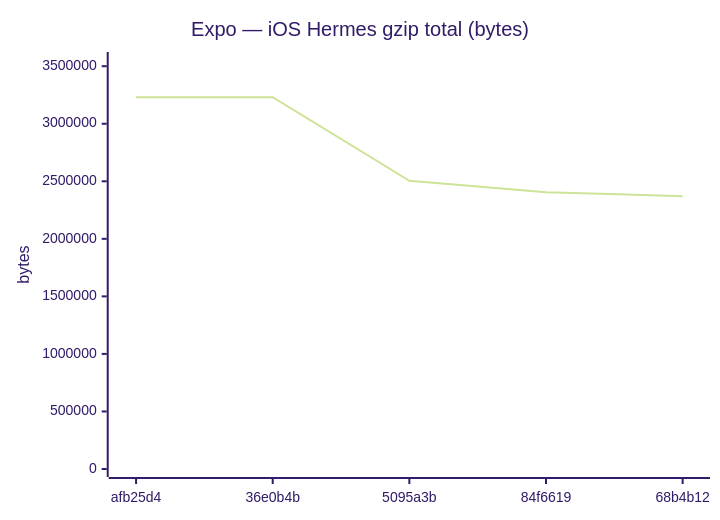
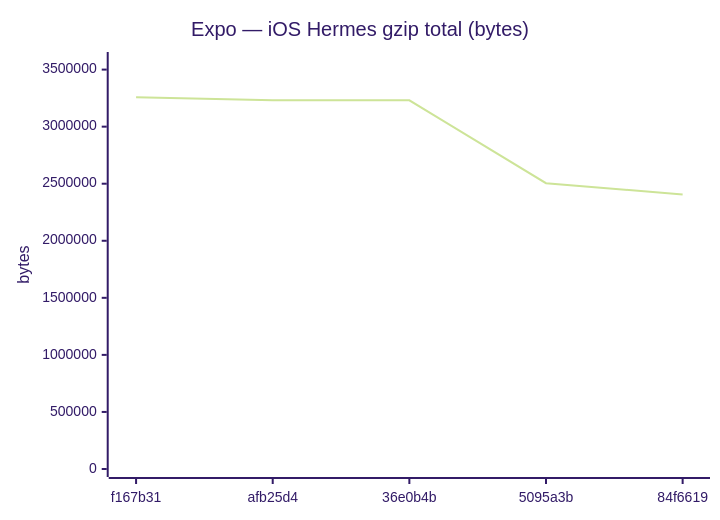
One commit to Metaheurist/Rianell changed diagram 12 of 18 in benchmarks/compare.md. Above: the diagram before and after it, drawn with Mermaid (forest theme). The commit also changed other lines of this file and 11 other files, not shown here.

````diff
--- a/benchmarks/compare.md
+++ b/benchmarks/compare.md
@@ -179,7 +179,7 @@
 ```mermaid
 xychart-beta
     title "Expo — iOS Hermes gzip total (bytes)"
-    x-axis ["afb25d4", "36e0b4b", "5095a3b", "84f6619", "68b4b12"]
-    y-axis "bytes" 0 --> 3553954
-    line [3230867, 3230712, 2504401, 2405024, 2370491]
+    x-axis ["f167b31", "afb25d4", "36e0b4b", "5095a3b", "84f6619"]
+    y-axis "bytes" 0 --> 3584098
+    line [3258270, 3230867, 3230712, 2504401, 2405024]
 ```
````
